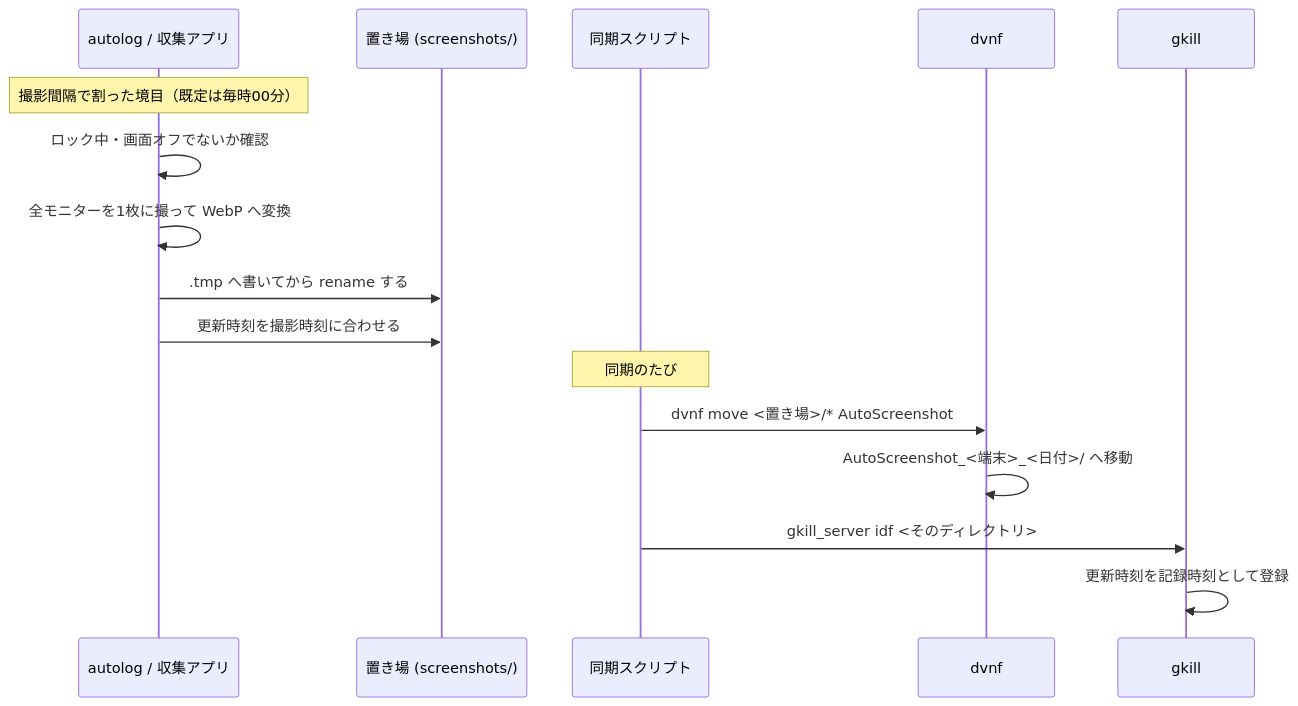
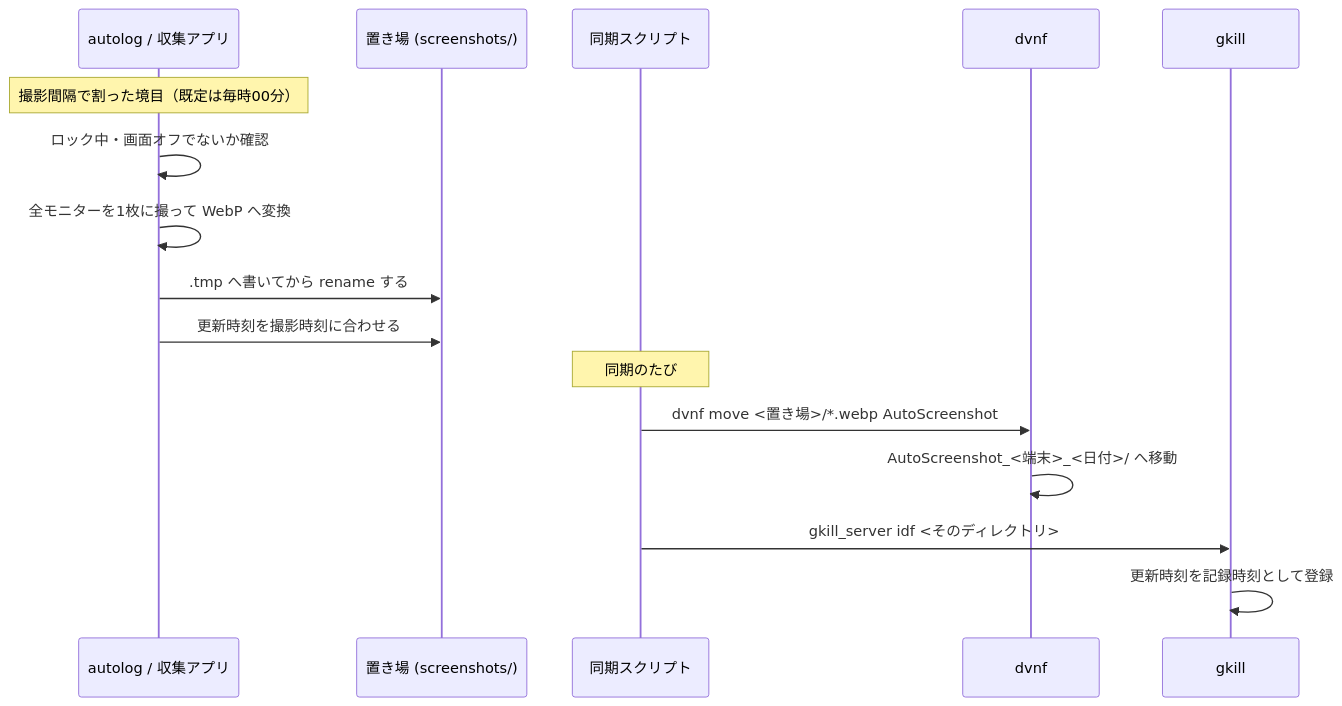
Before and after one commit to mt3hr/gkill_autolog: the third of 6 diagrams in documents/reverse/sequence-diagrams.md, drawn with Mermaid. The commit also changed other lines of this file and 12 other files, not shown here.

````diff
--- a/documents/reverse/sequence-diagrams.md
+++ b/documents/reverse/sequence-diagrams.md
@@ -76,20 +77,20 @@
 ```mermaid
 sequenceDiagram
     participant C as autolog / 収集アプリ
     participant D as 置き場 (screenshots/)
     participant Y as 同期スクリプト
     participant V as dvnf
     participant G as gkill
 
     Note over C: 撮影間隔で割った境目（既定は毎時00分）
     C->>C: ロック中・画面オフでないか確認
     C->>C: 全モニターを1枚に撮って WebP へ変換
     C->>D: .tmp へ書いてから rename する
     C->>D: 更新時刻を撮影時刻に合わせる
 
     Note over Y: 同期のたび
-    Y->>V: dvnf move <置き場>/* AutoScreenshot
+    Y->>V: dvnf move <置き場>/*.webp AutoScreenshot
     V->>V: AutoScreenshot_<端末>_<日付>/ へ移動
     Y->>G: gkill_server idf <そのディレクトリ>
     G->>G: 更新時刻を記録時刻として登録
 ```
````
